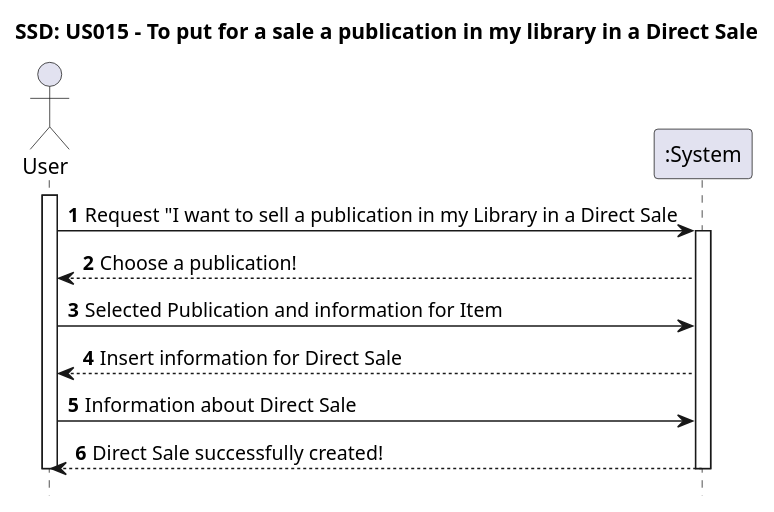
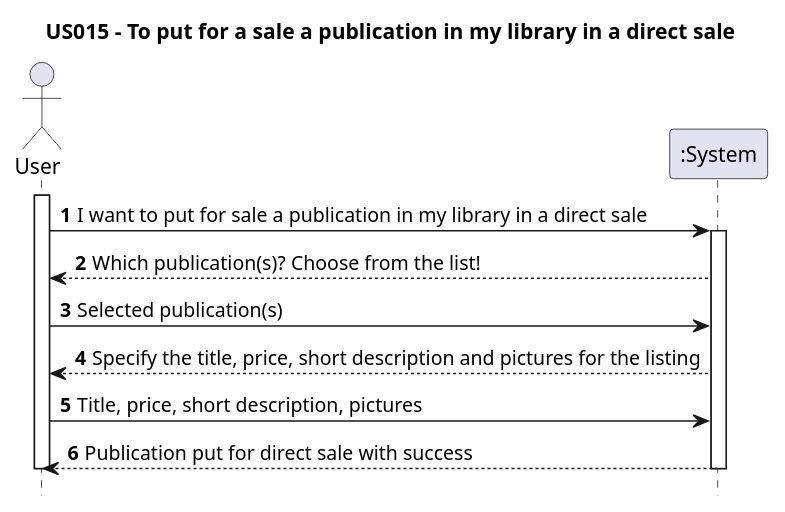
Before and after one commit to AndrePereiraGitH/SWitCH-Project-Team_A: the diagram in Diagrams/SequenceDiagrams/N1/US015-to-put-for-a-sale-a-publication-in-my-library-in-a-direct-sale.puml, drawn with PlantUML. The commit also changed 2 other files, not shown here.

Commit message:
Working on #195, updated (SSD/SD/CD) to reflect new design for US015

```diff
--- a/Diagrams/SequenceDiagrams/N1/US015-to-put-for-a-sale-a-publication-in-my-library-in-a-direct-sale.puml
+++ b/Diagrams/SequenceDiagrams/N1/US015-to-put-for-a-sale-a-publication-in-my-library-in-a-direct-sale.puml
@@ -1,22 +1,22 @@
 @startuml
 
 autonumber
 hide footbox
-title SSD: US015 - To put for a sale a publication in my library in a Direct Sale
+title US015 - To put for a sale a publication in my library in a direct sale
 
 actor "User" as User
 participant ":System" as System
 
 activate User
 
-   User -> System : Request "I want to sell a publication in my Library in a Direct Sale
+   User -> System : I want to put for sale a publication in my library in a direct sale
    activate System
-   System --> User : Choose a publication!
-   User -> System : Selected Publication and information for Item
-   System --> User : Insert information for Direct Sale
-   User -> System : Information about Direct Sale
-   System --> User : Direct Sale successfully created!
+   System --> User : Which publication(s)? Choose from the list!
+   User -> System : Selected publication(s)
+   System --> User : Specify the title, price, short description and pictures for the listing
+   User -> System : Title, price, short description, pictures
+   System --> User : Publication put for direct sale with success
    deactivate System
 
 deactivate User
 @enduml
```
